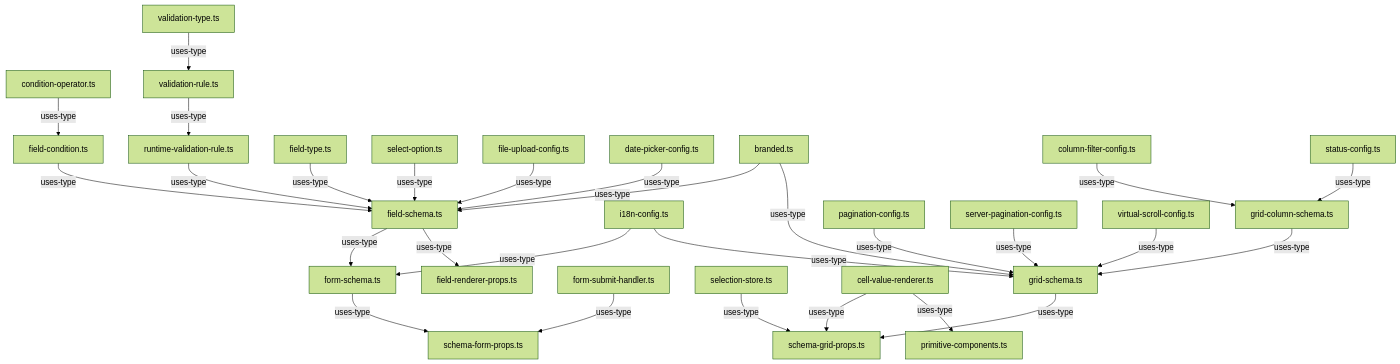
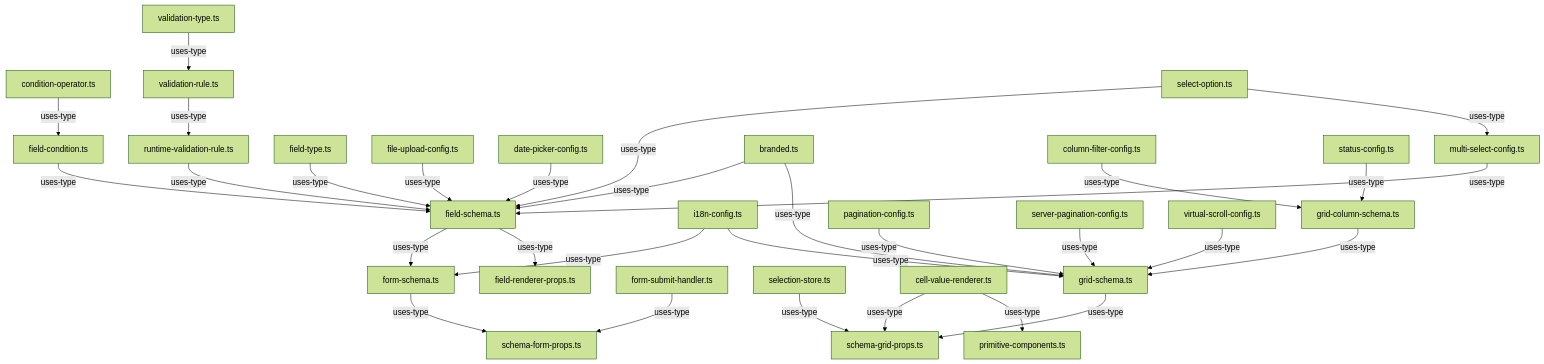
One commit to WianVDM/schema-framework changed the diagram in packages/core/src/engine/types/.context.md. Above: the diagram before and after it, drawn with Mermaid (forest theme). The commit also changed other lines of this file and 23 other files, not shown here.

Commit message:
feat: add multiselect field type with TagInput primitive (Slice 3)

````diff
--- a/packages/core/src/engine/types/.context.md
+++ b/packages/core/src/engine/types/.context.md
@@ -39,38 +40,40 @@
 ```mermaid
 graph TD
     condition-operator.ts -->|uses-type| field-condition.ts
     validation-type.ts -->|uses-type| validation-rule.ts
     validation-rule.ts -->|uses-type| runtime-validation-rule.ts
 
     field-type.ts -->|uses-type| field-schema.ts
     select-option.ts -->|uses-type| field-schema.ts
     runtime-validation-rule.ts -->|uses-type| field-schema.ts
     field-condition.ts -->|uses-type| field-schema.ts
     file-upload-config.ts -->|uses-type| field-schema.ts
     date-picker-config.ts -->|uses-type| field-schema.ts
+    multi-select-config.ts -->|uses-type| field-schema.ts
+    select-option.ts -->|uses-type| multi-select-config.ts
     branded.ts -->|uses-type| field-schema.ts
 
     field-schema.ts -->|uses-type| form-schema.ts
     i18n-config.ts -->|uses-type| form-schema.ts
 
     column-filter-config.ts -->|uses-type| grid-column-schema.ts
     status-config.ts -->|uses-type| grid-column-schema.ts
 
     grid-column-schema.ts -->|uses-type| grid-schema.ts
     pagination-config.ts -->|uses-type| grid-schema.ts
     server-pagination-config.ts -->|uses-type| grid-schema.ts
     virtual-scroll-config.ts -->|uses-type| grid-schema.ts
     branded.ts -->|uses-type| grid-schema.ts
     i18n-config.ts -->|uses-type| grid-schema.ts
 
     form-schema.ts -->|uses-type| schema-form-props.ts
     form-submit-handler.ts -->|uses-type| schema-form-props.ts
 
     grid-schema.ts -->|uses-type| schema-grid-props.ts
     selection-store.ts -->|uses-type| schema-grid-props.ts
     cell-value-renderer.ts -->|uses-type| schema-grid-props.ts
 
     field-schema.ts -->|uses-type| field-renderer-props.ts
     cell-value-renderer.ts -->|uses-type| primitive-components.ts
 
 ```
````
